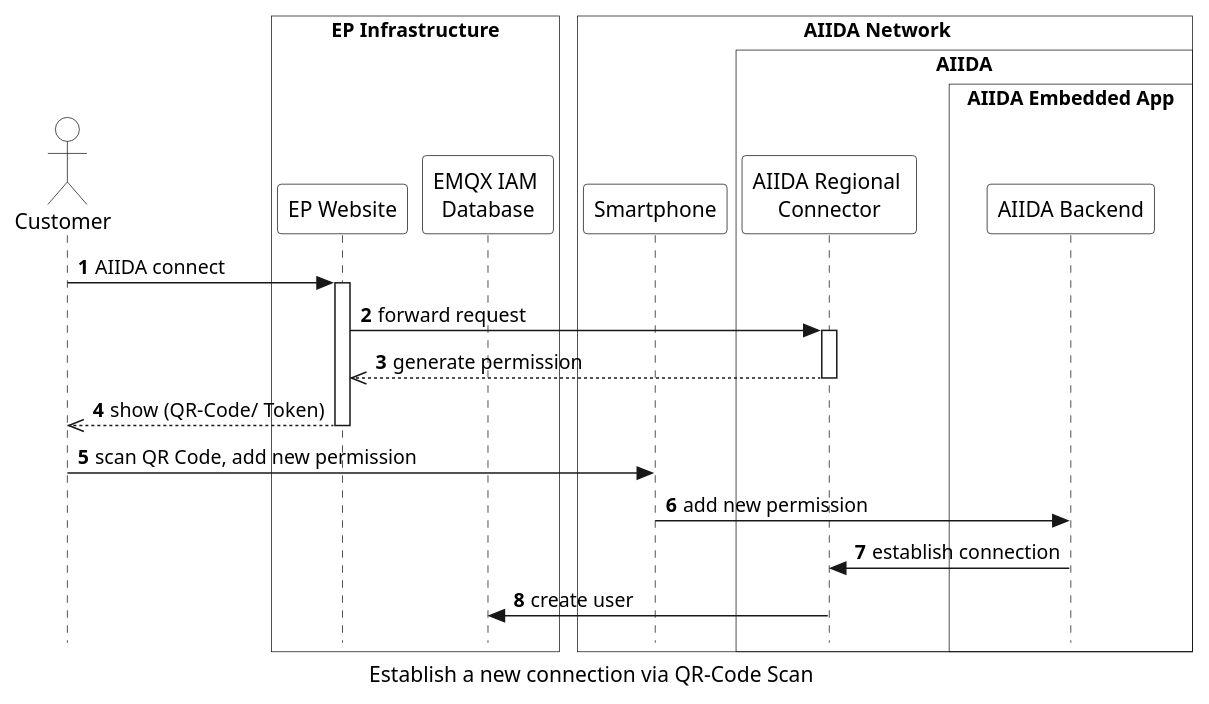
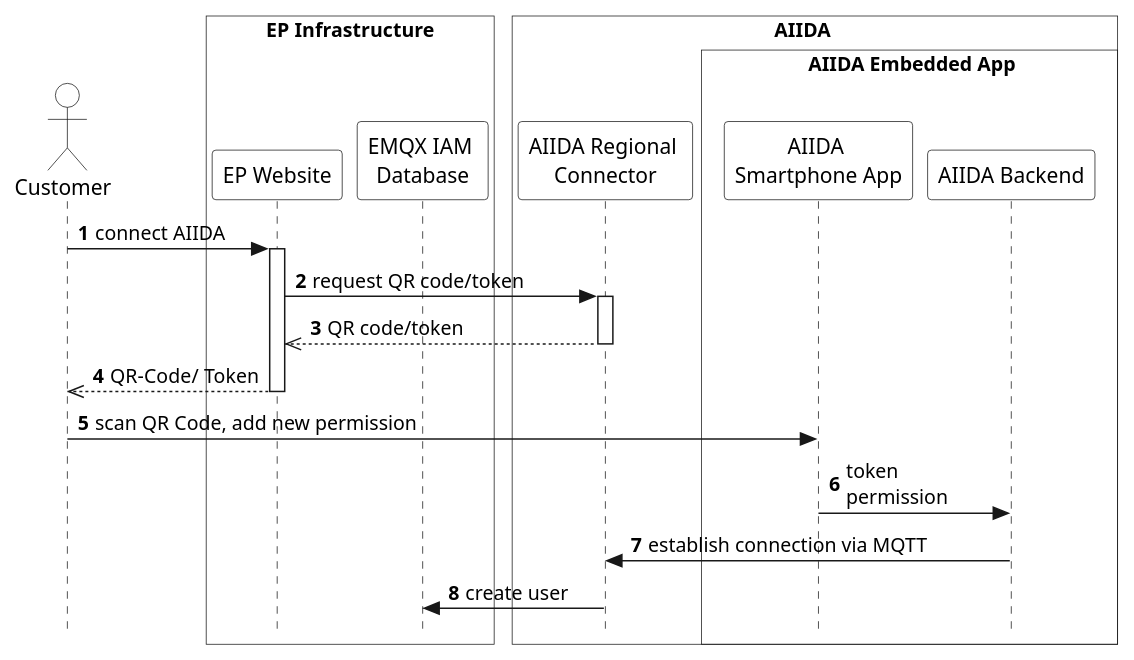
The diagram in arc42/aiida/runtime-view/figures/aiida_new_connection_qr.puml (eddie-energy/architecture), drawn with PlantUML before and after one commit. The commit also changed 50 other files, not shown here.

```diff
--- a/arc42/aiida/runtime-view/figures/aiida_new_connection_qr.puml
+++ b/arc42/aiida/runtime-view/figures/aiida_new_connection_qr.puml
@@ -1,50 +1,40 @@
 @startuml aiida_new_connection_qr
 'sequence diagram
-caption Establish a new connection via QR-Code Scan
 
 skinparam style strictuml
 skinparam sequence {
   ParticipantBackgroundColor transparent
   ActorBackgroundColor transparent
 }
 
 autonumber
 !pragma teoz true
 
 actor "Customer" as user
 box "EP Infrastructure" #transparent
-  participant "EP Website" as website
-  participant "EMQX IAM \nDatabase" as database
+participant "EP Website" as website
+participant "EMQX IAM \nDatabase" as database
 end box
-box "\tAIIDA Network\t\t"  #transparent
-  participant "Smartphone" as smartphone  
-    box "AIIDA" #transparent
-    participant "AIIDA Regional \nConnector" as connector
-       box "AIIDA Embedded App" #transparent
-      participant "AIIDA Backend" as backend
-    end box
-  end box
+box "\tAIIDA\t\t"  #transparent
+participant "AIIDA Regional \nConnector" as connector
+box "\t\tAIIDA Embedded App\t\t"  #transparent
+participant "AIIDA \nSmartphone App" as frontend
+participant "AIIDA Backend" as backend
+end box
+end box
 
-
-user -> website : AIIDA connect
+user -> website : connect AIIDA
 activate website
-website -> connector : forward request
+website -> connector : request QR code/token
 activate connector
-connector -->> website : generate permission
+connector -->> website : QR code/token
 deactivate connector
-  website -->> user : show (QR-Code/ Token)
+website -->> user : QR-Code/ Token
 deactivate website
 
-
-  user -> smartphone : scan QR Code, add new permission
-
-    smartphone -> backend : add new permission
-   
-
-    backend -> connector : establish connection
-
-    connector -> database : create user
-
-
+user -> frontend : scan QR Code, add new permission
+frontend -> backend : token \npermission
+backend -> connector : establish connection via MQTT
+connector -> database : create user
 
 @enduml
```
